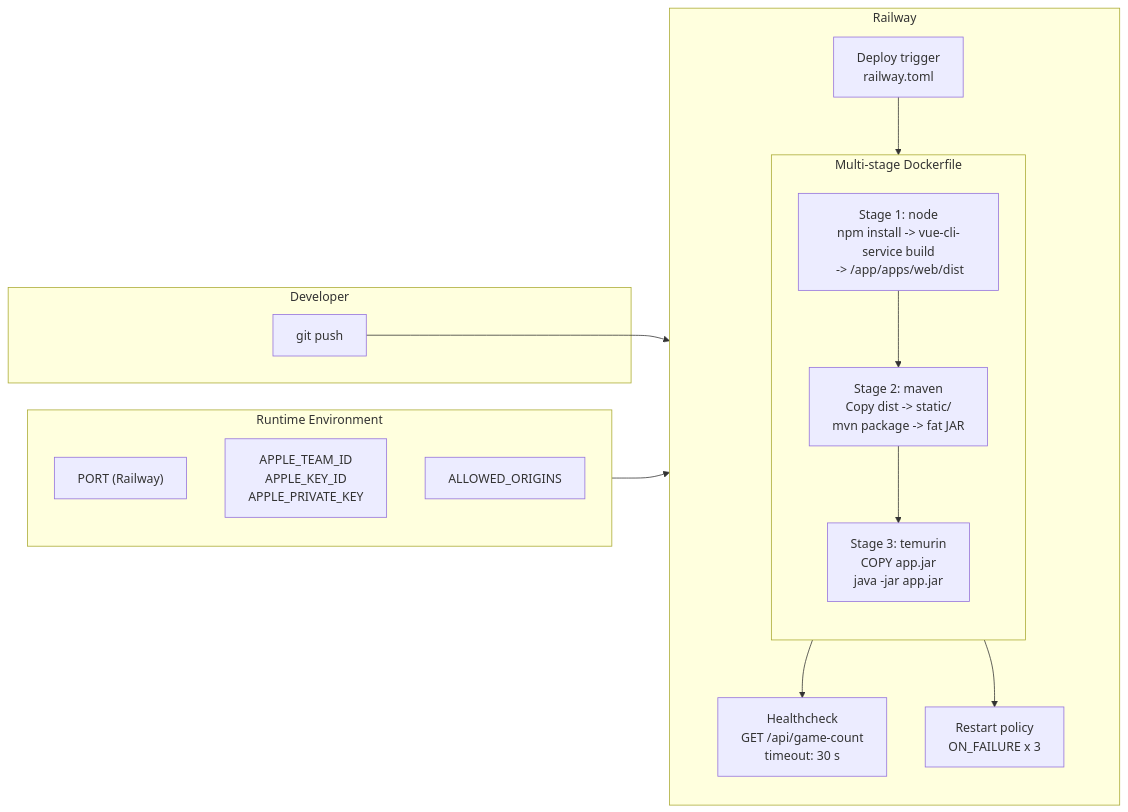
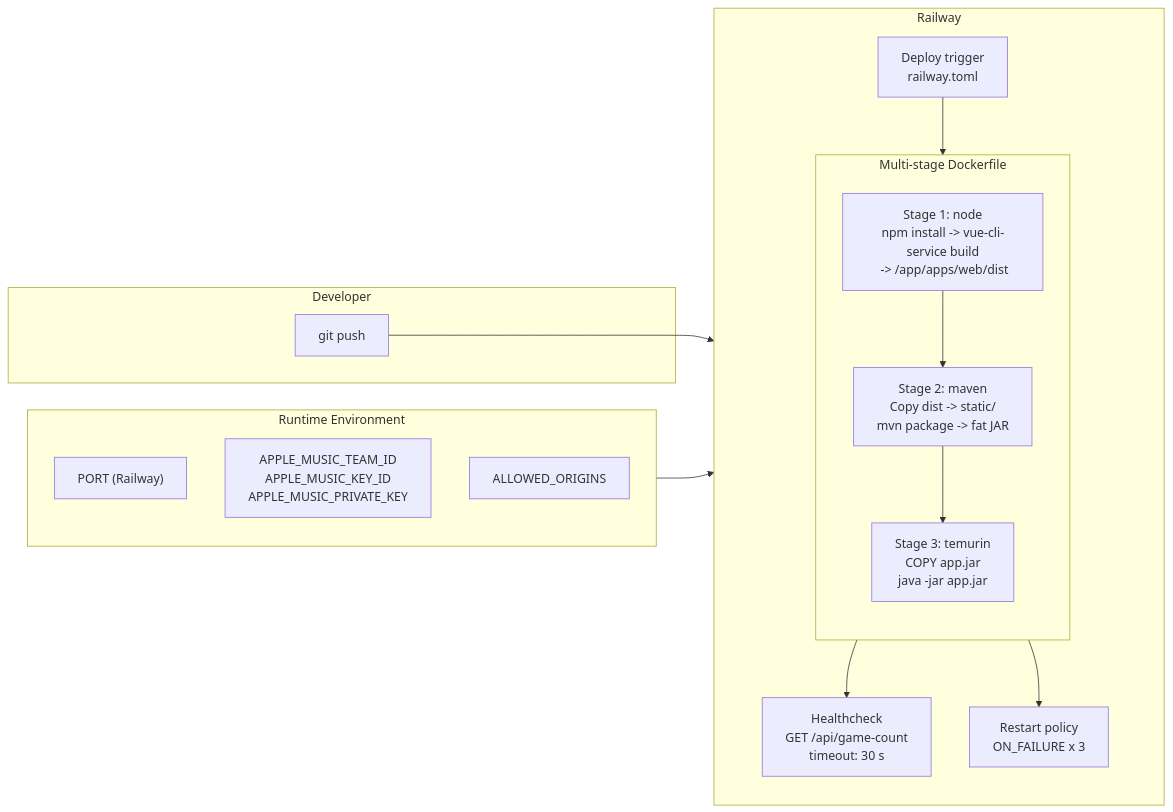
Before and after one commit to aarongsellin/hit-trivia: the third of 3 diagrams in README.md, drawn with Mermaid. The commit also changed other lines of this file and 1 other file, not shown here.

````diff
--- a/README.md
+++ b/README.md
@@ -130,32 +134,32 @@
 ```mermaid
 flowchart LR
     subgraph Dev ["Developer"]
         Push[git push]
     end
 
     subgraph Railway ["Railway"]
         direction TB
         Trigger[Deploy trigger<br>railway.toml]
         subgraph Docker ["Multi-stage Dockerfile"]
             direction TB
             S1["Stage 1: node<br>npm install -> vue-cli-service build<br> -> /app/apps/web/dist"]
             S2["Stage 2: maven<br>Copy dist -> static/<br>mvn package -> fat JAR"]
             S3["Stage 3: temurin<br>COPY app.jar<br>java -jar app.jar"]
             S1 --> S2 --> S3
         end
         Health["Healthcheck<br>GET /api/game-count<br>timeout: 30 s"]
         Restart["Restart policy<br>ON_FAILURE x 3"]
     end
 
     subgraph Env ["Runtime Environment"]
         PORT["PORT (Railway)"]
-        APPLE["APPLE_TEAM_ID<br>APPLE_KEY_ID<br>APPLE_PRIVATE_KEY"]
+        APPLE["APPLE_MUSIC_TEAM_ID<br>APPLE_MUSIC_KEY_ID<br>APPLE_MUSIC_PRIVATE_KEY"]
         ORIGINS["ALLOWED_ORIGINS"]
     end
 
     Push --> Trigger
     Trigger --> Docker
     S3 --> Health
     S3 --> Restart
     Env --> S3
 ```
````
